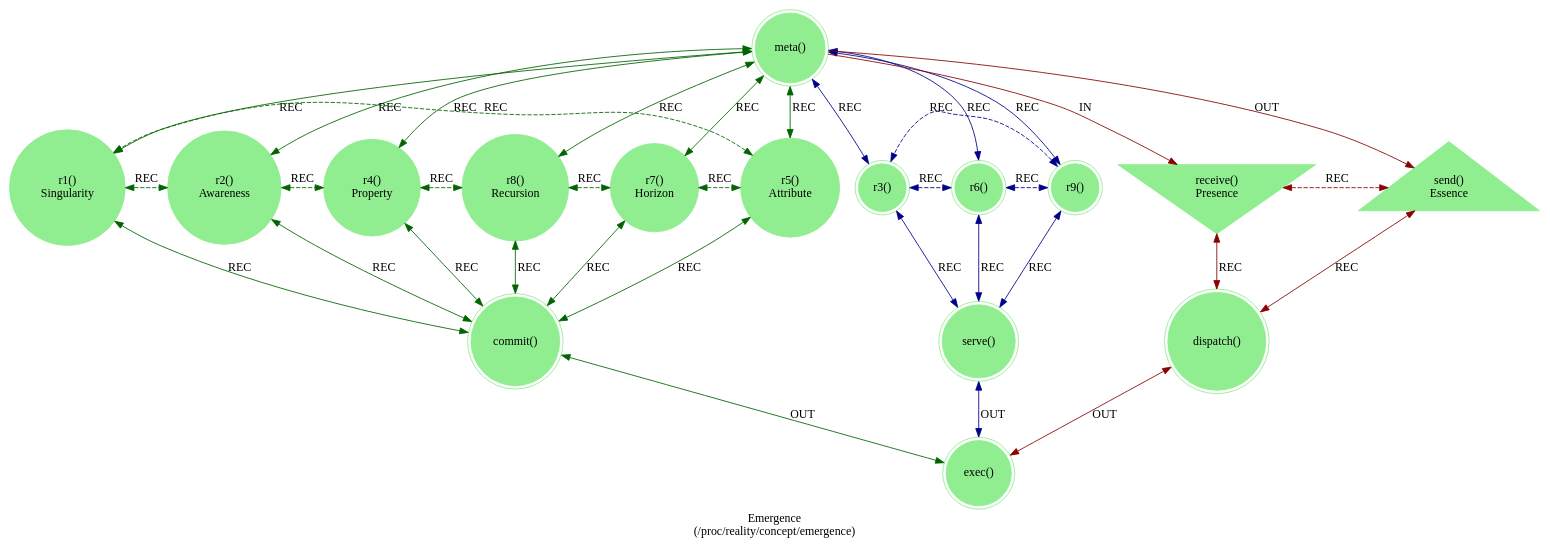
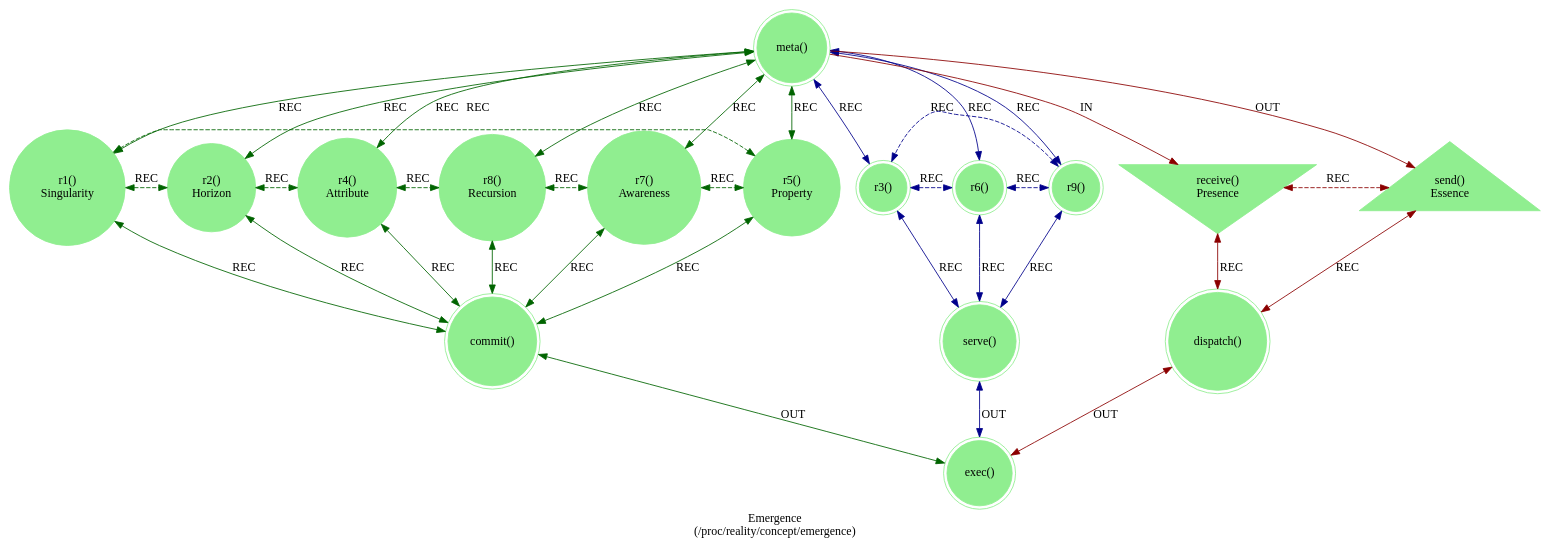
The diagram in src/includes/concept/emergent.dot (cilang/mythos), drawn with Graphviz before and after one commit. The commit also changed 6 other files, not shown here.

```diff
--- a/src/includes/concept/emergent.dot
+++ b/src/includes/concept/emergent.dot
@@ -1,48 +1,48 @@
 strict digraph Emergence {
     label = "Emergence\n(/proc/reality/concept/emergence)";
     style = filled;
     color = lightgray;
     node [shape = circle; style = filled; color = lightgreen;];
     
     // The Axis A-0-B (In-Meta-Out).
     // The Sacred 3-6-9 (Boundary of Perception).
     // The Vortex 1-2-4-8-7-5 (Boundary of Comprehension).
     // The Router C-D-E
     // The Closure F
     spark_0_t [label = "meta()";comment = "";shape = doublecircle;];
     spark_1_t [label = "r1()\nSingularity";comment = "";shape = circle;];
-    spark_2_t [label = "r2()\nAwareness";comment = "";shape = circle;];
-    spark_4_t [label = "r4()\nProperty";comment = "";shape = circle;];
+    spark_2_t [label = "r2()\nHorizon";comment = "";shape = circle;];
+    spark_4_t [label = "r4()\nAttribute";comment = "";shape = circle;];
     spark_8_t [label = "r8()\nRecursion";comment = "";shape = circle;];
-    spark_7_t [label = "r7()\nHorizon";comment = "";shape = circle;];
-    spark_5_t [label = "r5()\nAttribute";comment = "";shape = circle;];
+    spark_7_t [label = "r7()\nAwareness";comment = "";shape = circle;];
+    spark_5_t [label = "r5()\nProperty";comment = "";shape = circle;];
     spark_3_t [label = "r3()";comment = "";shape = doublecircle;];
     spark_6_t [label = "r6()";comment = "";shape = doublecircle;];
     spark_9_t [label = "r9()";comment = "";shape = doublecircle;];
     spark_a_t [label = "receive()\nPresence";comment = "";shape = invtriangle;];
     spark_b_t [label = "send()\nEssence";comment = "";shape = triangle;];
     spark_c_t [label = "dispatch()";comment = "";shape = doublecircle;];
     spark_d_t [label = "commit()";comment = "";shape = doublecircle;];
     spark_e_t [label = "serve()";comment = "";shape = doublecircle;];
     spark_f_t [label = "exec()";comment = "";shape = doublecircle;];
     
     // IN = Input
     // OUT = Output
     // REC = Recursion
     spark_0_t -> spark_a_t [label = "IN"; color = darkred; comment = "";];
     spark_0_t -> spark_b_t [label = "OUT"; color = darkred; comment = "";];
     spark_0_t -> {spark_3_t spark_6_t spark_9_t} [label = "REC"; color = darkblue; comment = ""; dir = both;];
     spark_0_t -> {spark_1_t spark_2_t spark_4_t spark_8_t spark_7_t spark_5_t} [label = "REC"; color = darkgreen; comment = ""; dir = both;];
     
     {spark_a_t spark_b_t} -> spark_c_t [label = "REC"; color = darkred; comment = ""; dir = both;];
     {spark_1_t spark_2_t spark_4_t spark_8_t spark_7_t spark_5_t} -> spark_d_t [label = "REC"; color = darkgreen; comment = ""; dir = both;];
     {spark_3_t spark_6_t spark_9_t} -> spark_e_t [label = "REC"; color = darkblue; comment = ""; dir = both;];
     
     spark_1_t -> spark_2_t -> spark_4_t -> spark_8_t -> spark_7_t -> spark_5_t -> spark_1_t [label = "REC"; color = darkgreen; comment = ""; style = dashed; constraint = false; dir = both;];
     spark_3_t -> spark_6_t -> spark_9_t -> spark_3_t [label = "REC"; color = darkblue; comment = ""; style = dashed; constraint = false; dir = both;];
     spark_a_t -> spark_b_t [label = "REC"; color = darkred; comment = ""; constraint = false; style = dashed; dir = both;];
     
     spark_c_t -> spark_f_t [label = "OUT"; color = darkred; comment = ""; dir = both;];
     spark_d_t -> spark_f_t [label = "OUT"; color = darkgreen; comment = ""; dir = both;];
     spark_e_t -> spark_f_t [label = "OUT"; color = darkblue; comment = ""; dir = both;];
 }
```
